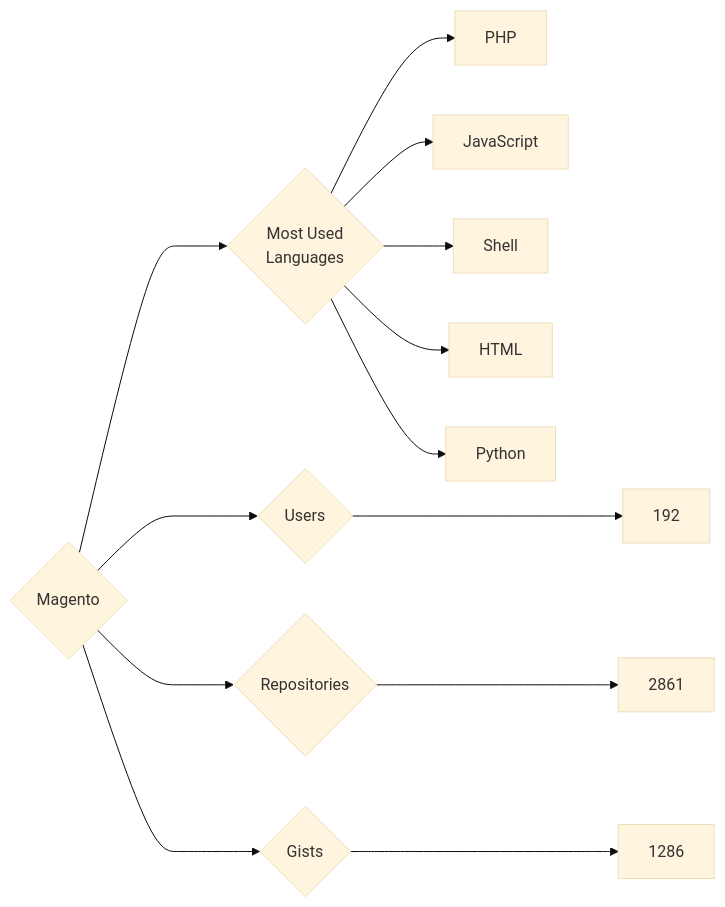
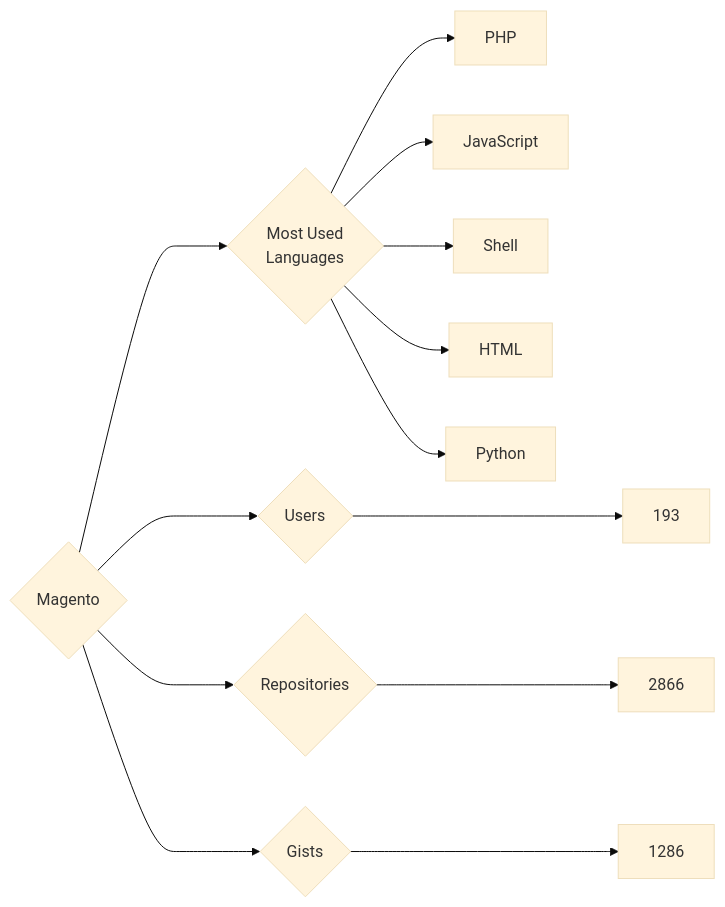
The diagram in targets/Magento/README.md (trickest/insiders), drawn with Mermaid (base theme) before and after one commit. The commit also changed 823 other files, not shown here.

````diff
--- a/targets/Magento/README.md
+++ b/targets/Magento/README.md
@@ -3,13 +3,13 @@
 ```mermaid
 graph LR
 COMPANY_NAME{Magento}
-COMPANY_NAME ---> U{Users} ---> UN[192]
-COMPANY_NAME ---> R{Repositories} ---> RN[2861]
+COMPANY_NAME ---> U{Users} ---> UN[193]
+COMPANY_NAME ---> R{Repositories} ---> RN[2866]
 COMPANY_NAME ---> G{Gists} ---> GN[1286]
 COMPANY_NAME ---> ML{Most Used<br>Languages}
 ML --> PHP[PHP]
 ML --> JavaScript[JavaScript]
 ML --> Shell[Shell]
 ML --> HTML[HTML]
 ML --> Python[Python]
 ```
````
